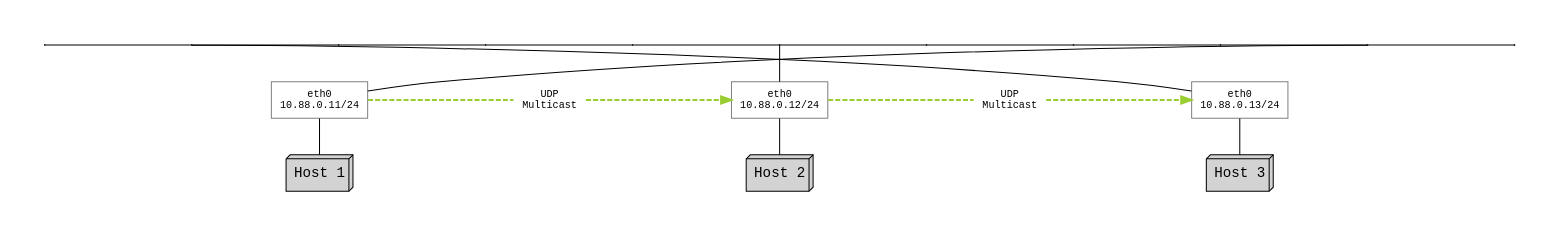
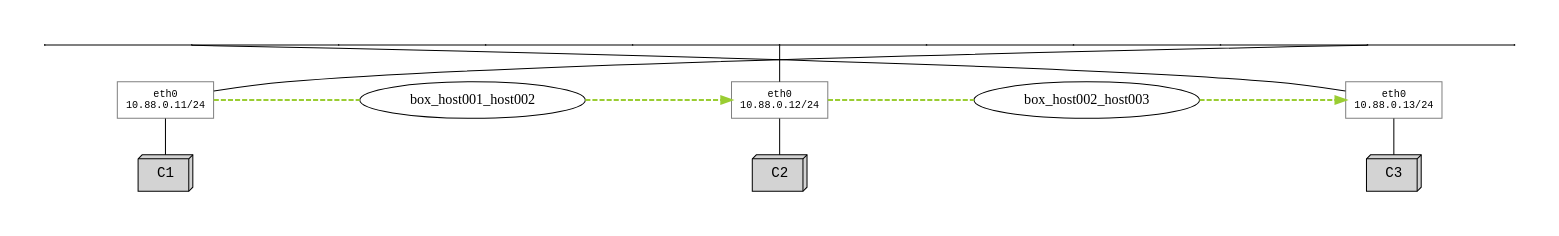
One commit to greenpau/cni-plugins changed the diagram in assets/diagrams/nft_portmap_plugin.dot. Above: the diagram before and after it, drawn with Graphviz. The commit also changed 3 other files, not shown here.

Commit message:
add graph

```diff
--- a/assets/diagrams/nft_portmap_plugin.dot
+++ b/assets/diagrams/nft_portmap_plugin.dot
@@ -1,39 +1,39 @@
 digraph G {
     graph [pad="0.5", nodesep="2", ranksep="0.5"];
 
     subgraph overlay_network {
         color=black;
         label="Overlay Network";
         fontname="Monospace";
         style=dashed;
         labelloc="t";
         w10 -> host001 [arrowhead=none];
         w8 -> box_host001_host002 [arrowhead=none,style=invis];
         w6 -> host002 [arrowhead=none];
         w4 -> box_host002_host003 [arrowhead=none,style=invis];
         w2 -> host003 [arrowhead=none];
         host001 -> host001_label [arrowhead=none];
         host002 -> host002_label [arrowhead=none];
         host003 -> host003_label [arrowhead=none];
 
         host001 -> box_host001_host002 [arrowhead=none,style=dashed,color=yellowgreen,penwidth=2];
         box_host001_host002 -> host002 [style=dashed,color=yellowgreen,penwidth=2];
         host002 -> box_host002_host003 [arrowhead=none,style=dashed,color=yellowgreen,penwidth=2];
         box_host002_host003 -> host003 [style=dashed,color=yellowgreen,penwidth=2];
 
         w1, w2, w3, w4, w5, w6, w7, w8, w9, w10, w11 [shape=point,width="0.01"];
         w1 -> w2 -> w3 -> w4 -> w5 -> w6 -> w7 -> w8 -> w9 -> w10 -> w11 [arrowhead=none];
         {rank=same; w1, w2, w3, w4, w5, w6, w7, w8, w9, w10, w11 }
 
         {rank=same; host001, host002, host003; box_host001_host002; box_host002_host003}
-        host001_label [label = "Host 1",shape=box3d,fontname="Monospace",style=filled,fillcolor=lightgrey]
-        host002_label [label = "Host 2",shape=box3d,fontname="Monospace",style=filled,fillcolor=lightgrey];
-        host003_label [label = "Host 3",shape=box3d,fontname="Monospace",style=filled,fillcolor=lightgrey];
+        host001_label [label = "C1",shape=box3d,fontname="Monospace",style=filled,fillcolor=lightgrey]
+        host002_label [label = "C2",shape=box3d,fontname="Monospace",style=filled,fillcolor=lightgrey];
+        host003_label [label = "C3",shape=box3d,fontname="Monospace",style=filled,fillcolor=lightgrey];
         host001 [label = "eth0\n10.88.0.11/24",color=grey,shape=box,fontsize=10,fontname="Courier"];
         host002 [label = "eth0\n10.88.0.12/24",color=grey,shape=box,fontsize=10,fontname="Courier"];
         host003 [label = "eth0\n10.88.0.13/24",color=grey,shape=box,fontsize=10,fontname="Courier"];
-        box_host001_host002 [label="UDP\nMulticast",shape=none,fontsize=10,fontname="Courier"];
-        box_host002_host003 [label="UDP\nMulticast",shape=none,fontsize=10,fontname="Courier"];
+        // box_host001_host002 [label="UDP\nMulticast",shape=none,fontsize=10,fontname="Courier"];
+        // box_host002_host003 [label="UDP\nMulticast",shape=none,fontsize=10,fontname="Courier"];
     }
 
 }
```
